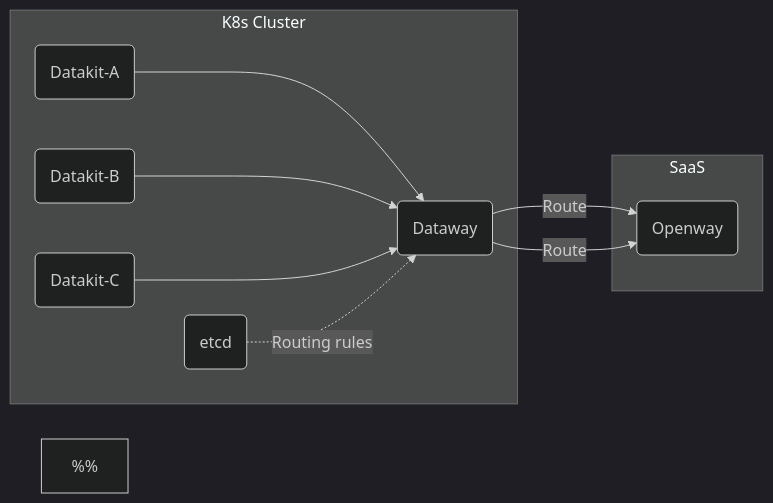
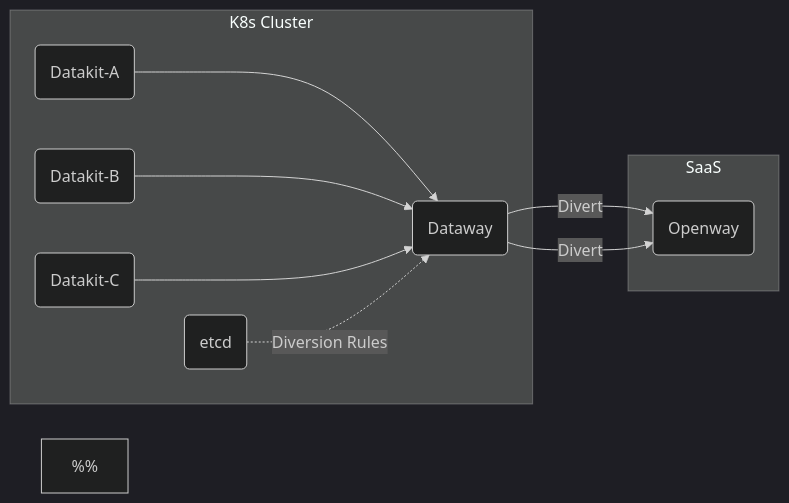
One commit to GuanceCloud/guance-docs changed the second of 2 diagrams in docs/en/deployment/dataway-sink.md. Above: the diagram before and after it, drawn with Mermaid (dark theme). The commit also changed other lines of this file and 353 other files, not shown here.

````diff
--- a/docs/en/deployment/dataway-sink.md
+++ b/docs/en/deployment/dataway-sink.md
@@ -65,22 +67,22 @@
 ```mermaid
 flowchart LR;
 dk1(Datakit-A);
 dk2(Datakit-B);
 dk3(Datakit-C);
 sink_dw(Dataway);
 openway(Openway);
 etcd(etcd);
 %%
 
 subgraph "K8s Cluster"
 dk1 ---> sink_dw
 dk2 ---> sink_dw
 dk3 ---> sink_dw
-etcd-.-> |Routing rules|sink_dw
+etcd-.-> |Diversion Rules|sink_dw
 end
 
 subgraph "SaaS"
-sink_dw --> |Route|openway;
-sink_dw --> |Route|openway;
+sink_dw --> |Divert|openway;
+sink_dw --> |Divert|openway;
 end
 ```
````
